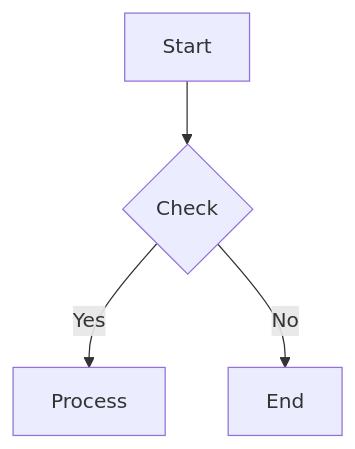
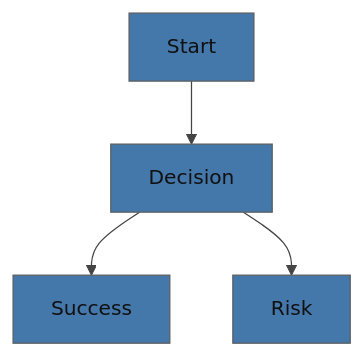
Before and after one commit to belinwu/simota-skills: the diagram in canvas/references/accessibility.md, drawn with Mermaid. The commit also changed other lines of this file and 13 other files, not shown here.

````diff
--- a/canvas/references/accessibility.md
+++ b/canvas/references/accessibility.md
@@ -230,6 +44,16 @@
 ```mermaid
+---
+config:
+  theme: base
+  themeVariables:
+    primaryColor: "#4477AA"
+    primaryTextColor: "#111111"
+    lineColor: "#444444"
+    secondaryColor: "#228833"
+    tertiaryColor: "#CCBB44"
+---
 flowchart TD
-    A[Start] --> B{Check}
-    B -->|Yes| C[Process]
-    B -->|No| D[End]
+    A[Start] --> B[Decision]
+    B --> C[Success]
+    B --> D[Risk]
 ```
````
